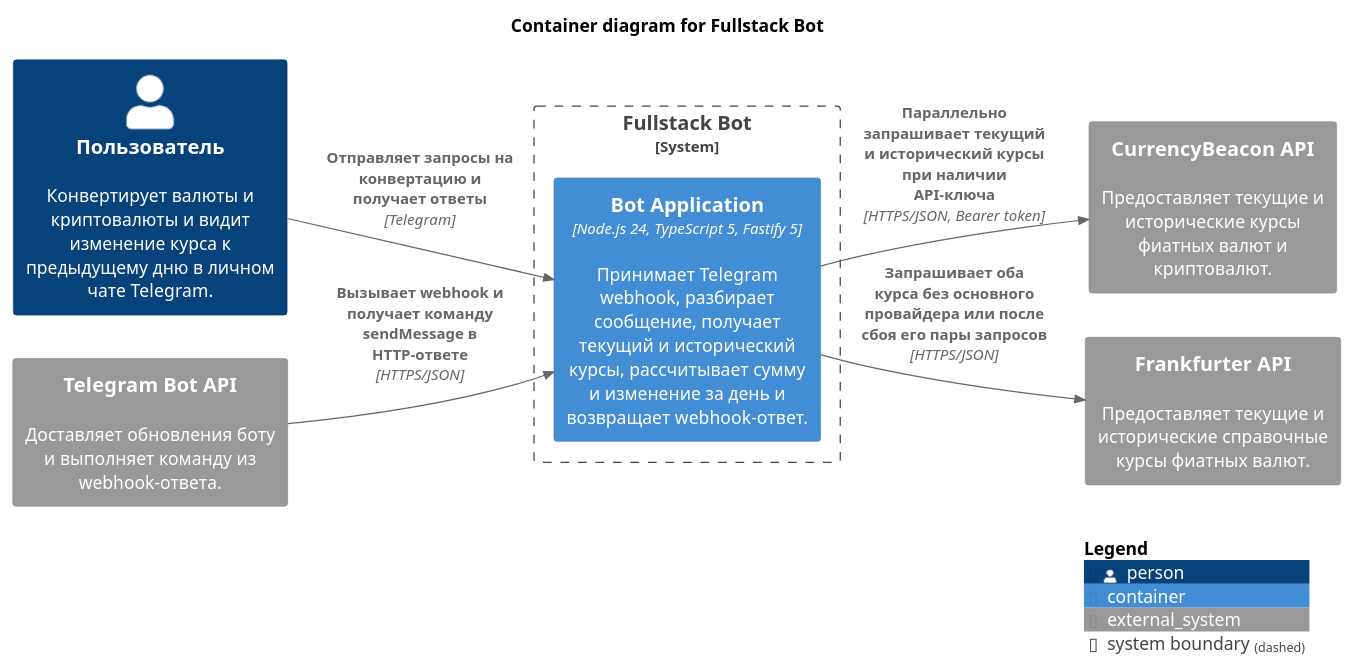
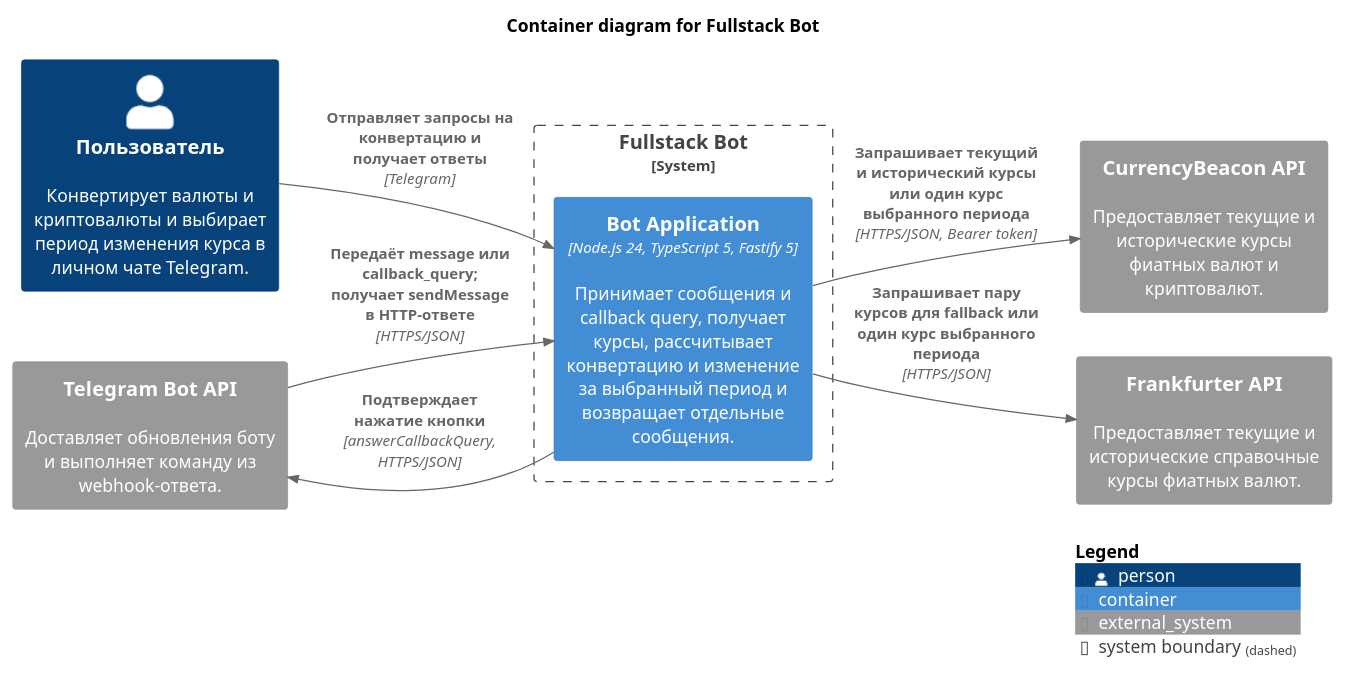
The diagram in docs/architecture/c4-containers.puml (yarek-dev/FastestCurrency), drawn with PlantUML before and after one commit. The commit also changed 31 other files, not shown here.

```diff
--- a/docs/architecture/c4-containers.puml
+++ b/docs/architecture/c4-containers.puml
@@ -1,24 +1,25 @@
 @startuml Fullstack Bot - Containers
 !include <C4/C4_Container>
 
 title Container diagram for Fullstack Bot
 
 LAYOUT_LEFT_RIGHT()
 
-Person(user, "Пользователь", "Конвертирует валюты и криптовалюты и видит изменение курса к предыдущему дню в личном чате Telegram.")
+Person(user, "Пользователь", "Конвертирует валюты и криптовалюты и выбирает период изменения курса в личном чате Telegram.")
 
 System_Ext(telegram, "Telegram Bot API", "Доставляет обновления боту и выполняет команду из webhook-ответа.")
 System_Ext(currency_beacon, "CurrencyBeacon API", "Предоставляет текущие и исторические курсы фиатных валют и криптовалют.")
 System_Ext(frankfurter, "Frankfurter API", "Предоставляет текущие и исторические справочные курсы фиатных валют.")
 
 System_Boundary(fullstack_bot, "Fullstack Bot") {
-  Container(bot_app, "Bot Application", "Node.js 24, TypeScript 5, Fastify 5", "Принимает Telegram webhook, разбирает сообщение, получает текущий и исторический курсы, рассчитывает сумму и изменение за день и возвращает webhook-ответ.")
+  Container(bot_app, "Bot Application", "Node.js 24, TypeScript 5, Fastify 5", "Принимает сообщения и callback query, получает курсы, рассчитывает конвертацию и изменение за выбранный период и возвращает отдельные сообщения.")
 }
 
 Rel(user, bot_app, "Отправляет запросы на конвертацию и получает ответы", "Telegram")
-Rel(telegram, bot_app, "Вызывает webhook и получает команду sendMessage в HTTP-ответе", "HTTPS/JSON")
-Rel(bot_app, currency_beacon, "Параллельно запрашивает текущий и исторический курсы при наличии API-ключа", "HTTPS/JSON, Bearer token")
-Rel(bot_app, frankfurter, "Запрашивает оба курса без основного провайдера или после сбоя его пары запросов", "HTTPS/JSON")
+Rel(telegram, bot_app, "Передаёт message или callback_query; получает sendMessage в HTTP-ответе", "HTTPS/JSON")
+Rel(bot_app, telegram, "Подтверждает нажатие кнопки", "answerCallbackQuery, HTTPS/JSON")
+Rel(bot_app, currency_beacon, "Запрашивает текущий и исторический курсы или один курс выбранного периода", "HTTPS/JSON, Bearer token")
+Rel(bot_app, frankfurter, "Запрашивает пару курсов для fallback или один курс выбранного периода", "HTTPS/JSON")
 
 SHOW_LEGEND()
 @enduml
```
